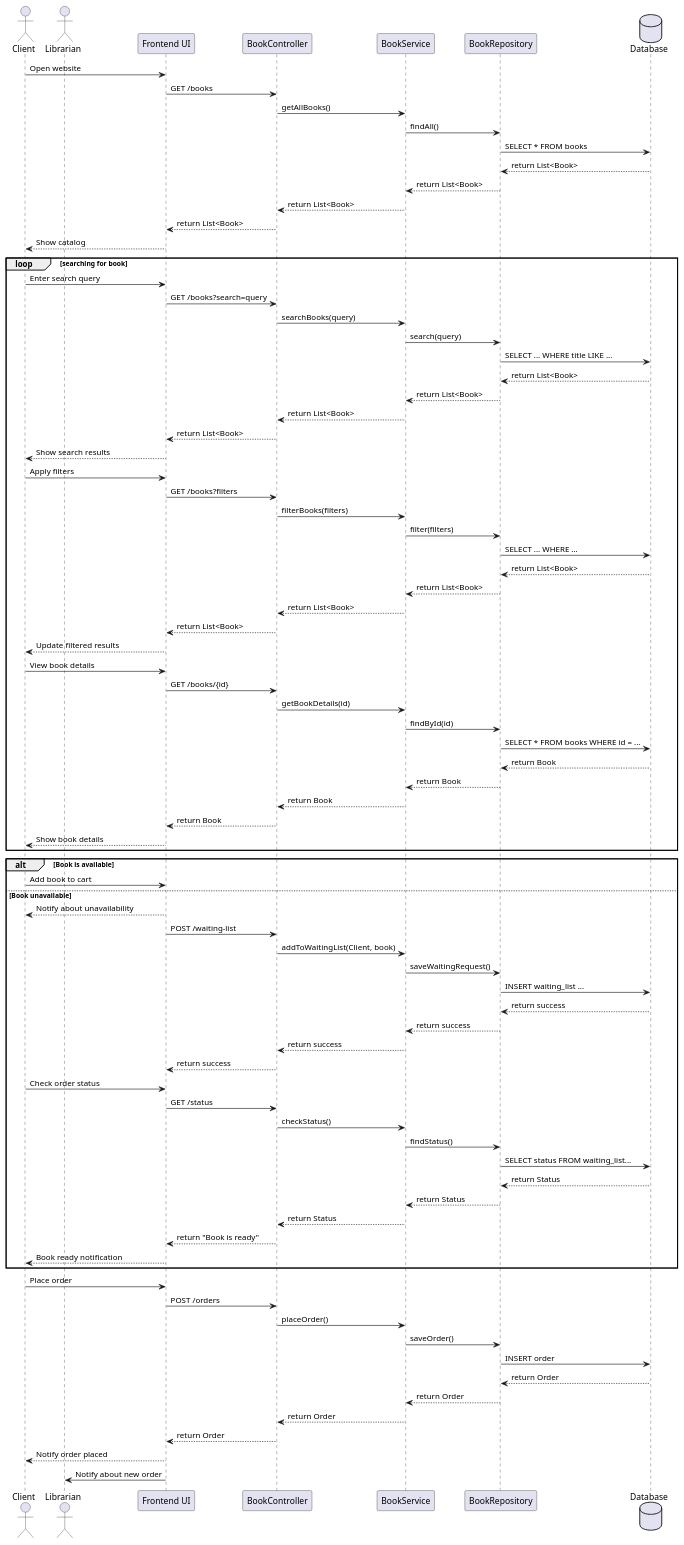
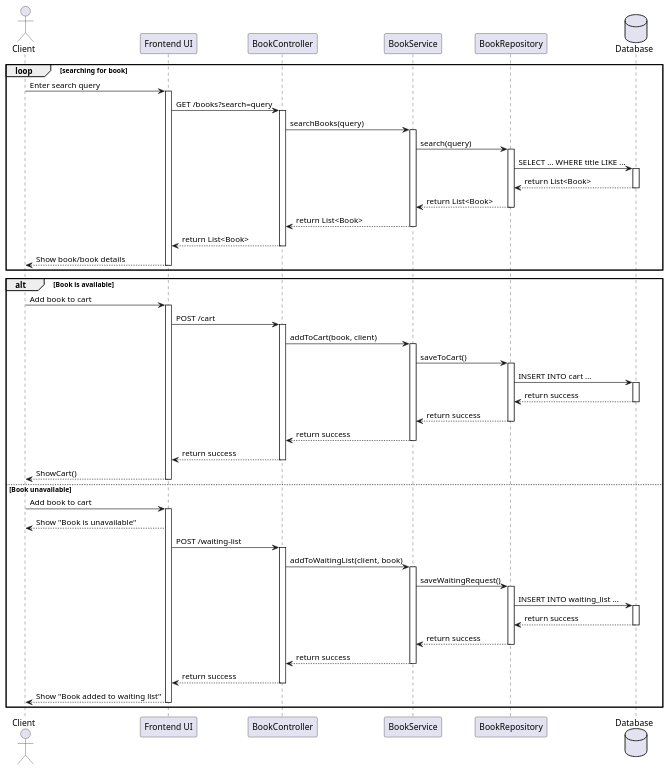
The diagram in lab3/SEQDIAGRAM.puml (v14cl/kpi-labs), drawn with PlantUML before and after one commit. The commit also changed 1 other file, not shown here.

Commit message:
Simplify lab3 diagram

```diff
--- a/lab3/SEQDIAGRAM.puml
+++ b/lab3/SEQDIAGRAM.puml
@@ -1,95 +1,79 @@
 @startuml
 actor Client
-actor Librarian
-
 participant "Frontend UI" as UI
 participant "BookController" as Controller
 participant "BookService" as Service
 participant "BookRepository" as Repository
 database "Database" as DB
 
-
-Client -> UI: Open website
-UI -> Controller: GET /books
-Controller -> Service: getAllBooks()
-Service -> Repository: findAll()
-Repository -> DB: SELECT * FROM books
-DB --> Repository: return List<Book>
-Repository --> Service: return List<Book>
-Service --> Controller: return List<Book>
-Controller --> UI: return List<Book>
-UI --> Client: Show catalog
-
 loop searching for book
     Client -> UI: Enter search query
+    activate UI
     UI -> Controller: GET /books?search=query
+    activate Controller
     Controller -> Service: searchBooks(query)
+    activate Service
     Service -> Repository: search(query)
+    activate Repository
     Repository -> DB: SELECT ... WHERE title LIKE ...
+    activate DB
     DB --> Repository: return List<Book>
+    deactivate DB
     Repository --> Service: return List<Book>
+    deactivate Repository
     Service --> Controller: return List<Book>
+    deactivate Service
     Controller --> UI: return List<Book>
-    UI --> Client: Show search results
-
-    Client -> UI: Apply filters
-    UI -> Controller: GET /books?filters
-    Controller -> Service: filterBooks(filters)
-    Service -> Repository: filter(filters)
-    Repository -> DB: SELECT ... WHERE ...
-    DB --> Repository: return List<Book>
-    Repository --> Service: return List<Book>
-    Service --> Controller: return List<Book>
-    Controller --> UI: return List<Book>
-    UI --> Client: Update filtered results
-
-    Client -> UI: View book details
-    UI -> Controller: GET /books/{id}
-    Controller -> Service: getBookDetails(id)
-    Service -> Repository: findById(id)
-    Repository -> DB: SELECT * FROM books WHERE id = ...
-    DB --> Repository: return Book
-    Repository --> Service: return Book
-    Service --> Controller: return Book
-    Controller --> UI: return Book
-    UI --> Client: Show book details
+    deactivate Controller
+    UI --> Client: Show book/book details
+    deactivate UI
 end
 
 alt Book is available
     Client -> UI: Add book to cart
+    activate UI
+    UI -> Controller: POST /cart
+    activate Controller
+    Controller -> Service: addToCart(book, client)
+    activate Service
+    Service -> Repository: saveToCart()
+    activate Repository
+    Repository -> DB: INSERT INTO cart ...
+    activate DB
+    DB --> Repository: return success
+    deactivate DB
+    Repository --> Service: return success
+    deactivate Repository
+    Service --> Controller: return success
+    deactivate Service
+    Controller --> UI: return success
+    deactivate Controller
+
+    UI --> Client: ShowCart()
+    deactivate UI
+
 else Book unavailable
-    UI --> Client: Notify about unavailability
+    Client -> UI: Add book to cart
+    activate UI
+    UI --> Client: Show "Book is unavailable"
     UI -> Controller: POST /waiting-list
-    Controller -> Service: addToWaitingList(Client, book)
+    activate Controller
+    Controller -> Service: addToWaitingList(client, book)
+    activate Service
     Service -> Repository: saveWaitingRequest()
-    Repository -> DB: INSERT waiting_list ...
+    activate Repository
+    Repository -> DB: INSERT INTO waiting_list ...
+    activate DB
     DB --> Repository: return success
+    deactivate DB
     Repository --> Service: return success
+    deactivate Repository
     Service --> Controller: return success
+    deactivate Service
     Controller --> UI: return success
+    deactivate Controller
 
-    Client -> UI: Check order status
-    UI -> Controller: GET /status
-    Controller -> Service: checkStatus()
-    Service -> Repository: findStatus()
-    Repository -> DB: SELECT status FROM waiting_list...
-    DB --> Repository: return Status
-    Repository --> Service: return Status
-    Service --> Controller: return Status
-    Controller --> UI: return "Book is ready"
-    UI --> Client: Book ready notification
+    UI --> Client: Show "Book added to waiting list"
+    deactivate UI
 end
-
-Client -> UI: Place order
-UI -> Controller: POST /orders
-Controller -> Service: placeOrder()
-Service -> Repository: saveOrder()
-Repository -> DB: INSERT order
-DB --> Repository: return Order
-Repository --> Service: return Order
-Service --> Controller: return Order
-Controller --> UI: return Order
-UI --> Client: Notify order placed
-
-UI -> Librarian: Notify about new order
 @enduml
```
